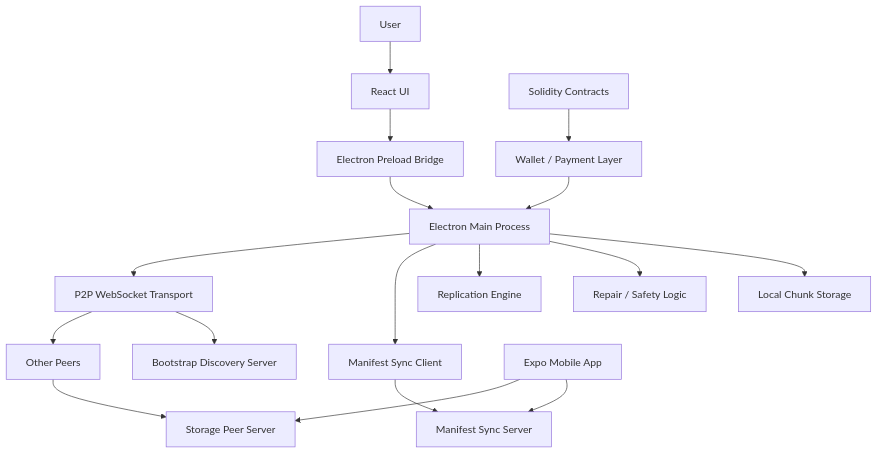
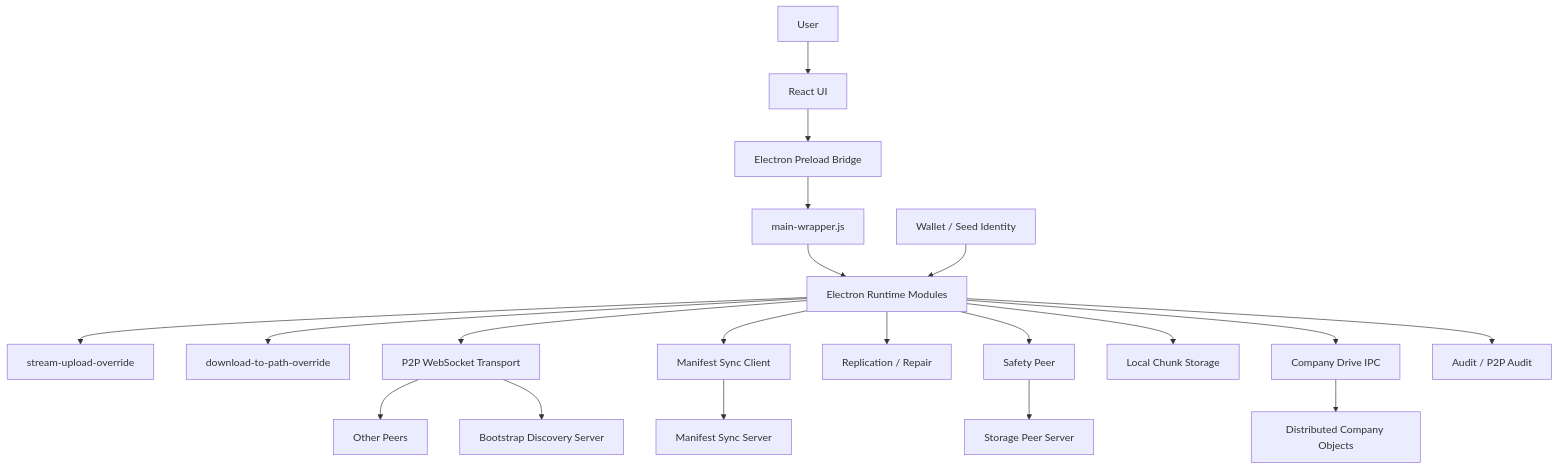
The first of 4 diagrams in المرجع.md (DiyaAshour/p2p-cloud), drawn with Mermaid before and after one commit. The commit also changed other lines of this file, not shown here.

Commit message:
docs: update engineering reference with current runtime status

````diff
--- a/المرجع.md
+++ b/المرجع.md
@@ -63,24 +82,24 @@
 ```mermaid
 flowchart TD
     User[User] --> UI[React UI]
     UI --> Preload[Electron Preload Bridge]
-    Preload --> Main[Electron Main Process]
+    Preload --> Wrapper[main-wrapper.js]
+    Wrapper --> Runtime[Electron Runtime Modules]
 
-    Main --> Transport[P2P WebSocket Transport]
-    Main --> ManifestClient[Manifest Sync Client]
-    Main --> Replication[Replication Engine]
-    Main --> Repair[Repair / Safety Logic]
-    Main --> Storage[Local Chunk Storage]
+    Runtime --> Upload[stream-upload-override]
+    Runtime --> Download[download-to-path-override]
+    Runtime --> Transport[P2P WebSocket Transport]
+    Runtime --> ManifestClient[Manifest Sync Client]
+    Runtime --> Replication[Replication / Repair]
+    Runtime --> Safety[Safety Peer]
+    Runtime --> Storage[Local Chunk Storage]
+    Runtime --> Company[Company Drive IPC]
+    Runtime --> Audit[Audit / P2P Audit]
 
     Transport --> Peers[Other Peers]
     Transport --> Bootstrap[Bootstrap Discovery Server]
-
+    Safety --> StoragePeer[Storage Peer Server]
     ManifestClient --> ManifestServer[Manifest Sync Server]
-    Peers --> StoragePeer[Storage Peer Server]
-
-    Mobile[Expo Mobile App] --> StoragePeer
-    Mobile --> ManifestServer
-
-    Wallet[Wallet / Payment Layer] --> Main
-    Contracts[Solidity Contracts] --> Wallet
+    Company --> CompanyObjects[Distributed Company Objects]
+    Wallet[Wallet / Seed Identity] --> Runtime
 ```
````
